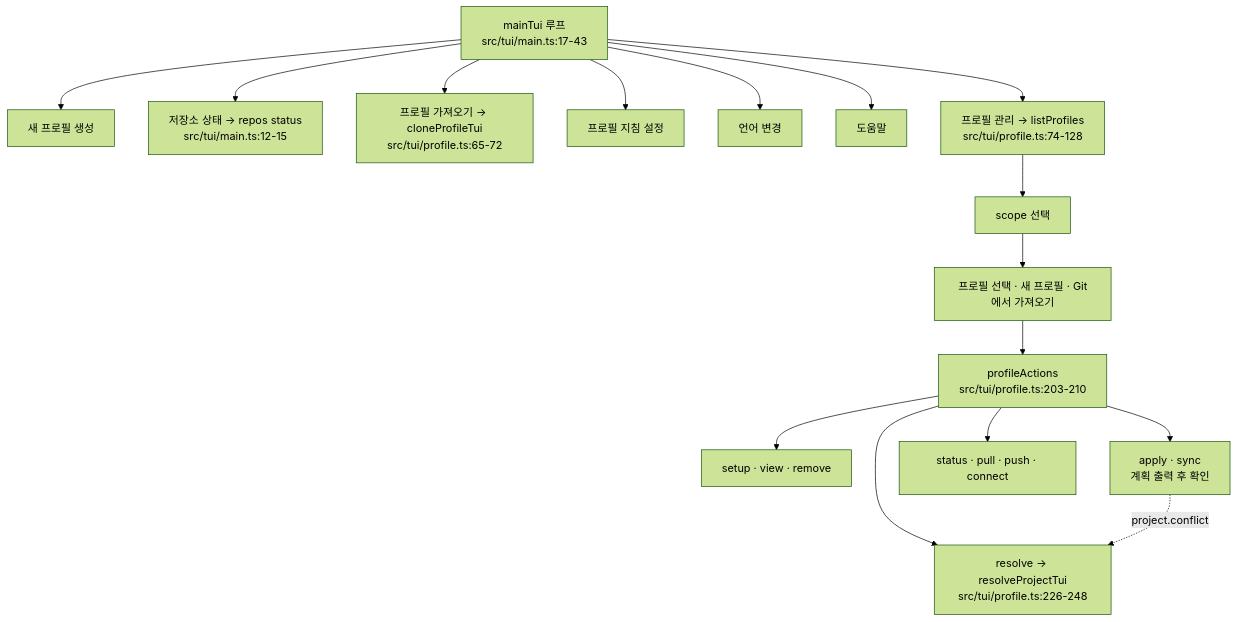
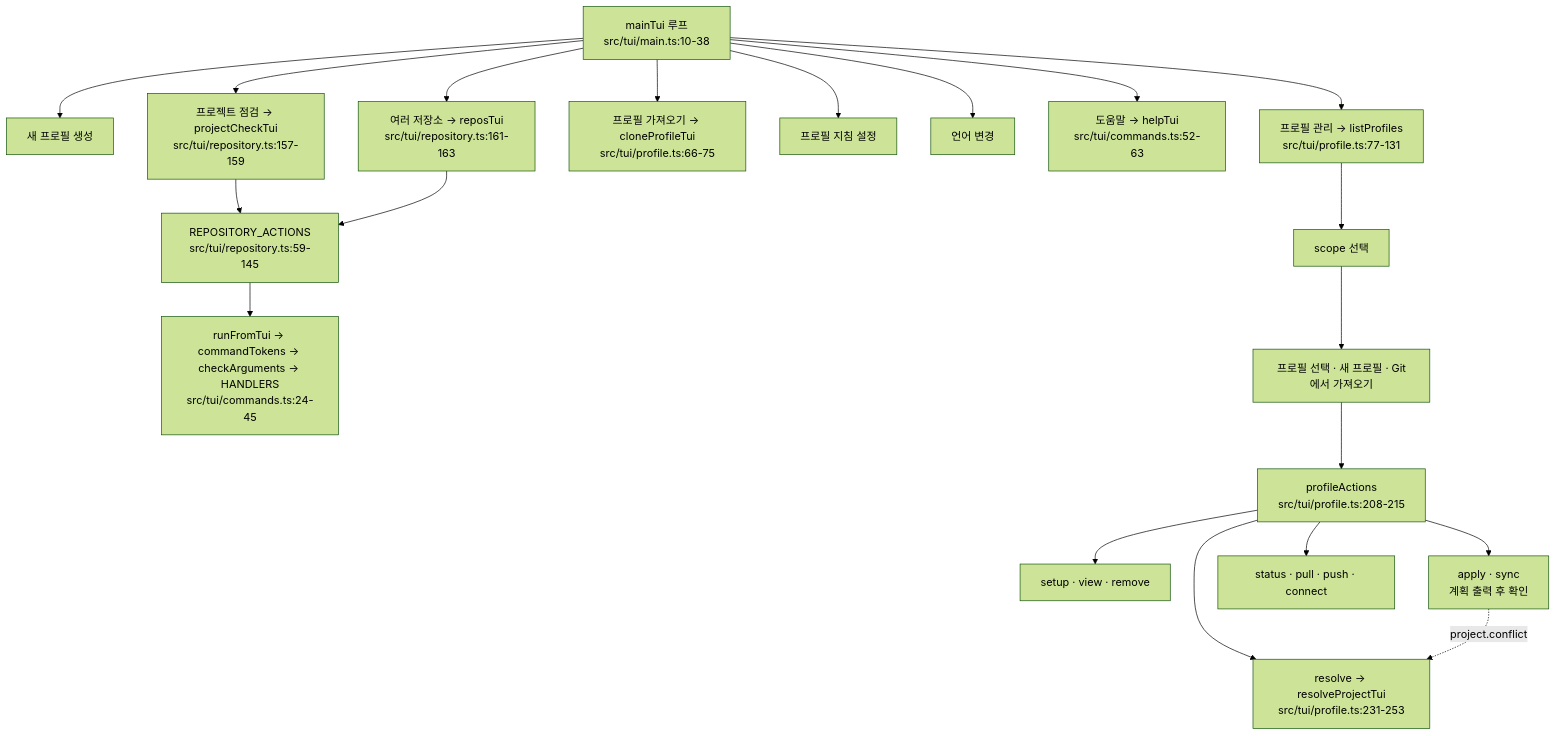
One commit to IsthisLee/agent-context-manager changed the seventh of 16 diagrams in docs/contributing/implementation-mechanics.md. Above: the diagram before and after it, drawn with Mermaid (forest theme). The commit also changed other lines of this file and 31 other files, not shown here.

First line of the commit message:
feat: TUI에서 프로젝트 점검과 여러 저장소 명령을 실행한다

````diff
--- a/docs/contributing/implementation-mechanics.md
+++ b/docs/contributing/implementation-mechanics.md
@@ -412,18 +412,22 @@
 ```mermaid
 flowchart TD
-  M["mainTui 루프<br/>src/tui/main.ts:17-43"] --> C1["새 프로필 생성"]
-  M --> RS["저장소 상태 → repos status<br/>src/tui/main.ts:12-15"]
-  M --> CL["프로필 가져오기 → cloneProfileTui<br/>src/tui/profile.ts:65-72"]
+  M["mainTui 루프<br/>src/tui/main.ts:10-38"] --> C1["새 프로필 생성"]
+  M --> PC["프로젝트 점검 → projectCheckTui<br/>src/tui/repository.ts:157-159"]
+  M --> RP["여러 저장소 → reposTui<br/>src/tui/repository.ts:161-163"]
+  M --> CL["프로필 가져오기 → cloneProfileTui<br/>src/tui/profile.ts:66-75"]
   M --> C2["프로필 지침 설정"]
   M --> C3["언어 변경"]
-  M --> C4["도움말"]
-  M --> MG["프로필 관리 → listProfiles<br/>src/tui/profile.ts:74-128"]
+  M --> C4["도움말 → helpTui<br/>src/tui/commands.ts:52-63"]
+  PC --> RA["REPOSITORY_ACTIONS<br/>src/tui/repository.ts:59-145"]
+  RP --> RA
+  RA --> RUN["runFromTui → commandTokens → checkArguments → HANDLERS<br/>src/tui/commands.ts:24-45"]
+  M --> MG["프로필 관리 → listProfiles<br/>src/tui/profile.ts:77-131"]
   MG --> SC["scope 선택"]
   SC --> SEL["프로필 선택 · 새 프로필 · Git에서 가져오기"]
-  SEL --> ACT["profileActions<br/>src/tui/profile.ts:203-210"]
+  SEL --> ACT["profileActions<br/>src/tui/profile.ts:208-215"]
   ACT --> A1["setup · view · remove"]
   ACT --> A2["apply · sync<br/>계획 출력 후 확인"]
   ACT --> A4["status · pull · push · connect"]
-  ACT --> A3["resolve → resolveProjectTui<br/>src/tui/profile.ts:226-248"]
+  ACT --> A3["resolve → resolveProjectTui<br/>src/tui/profile.ts:231-253"]
   A2 -.->|"project.conflict"| A3
 ```
````
